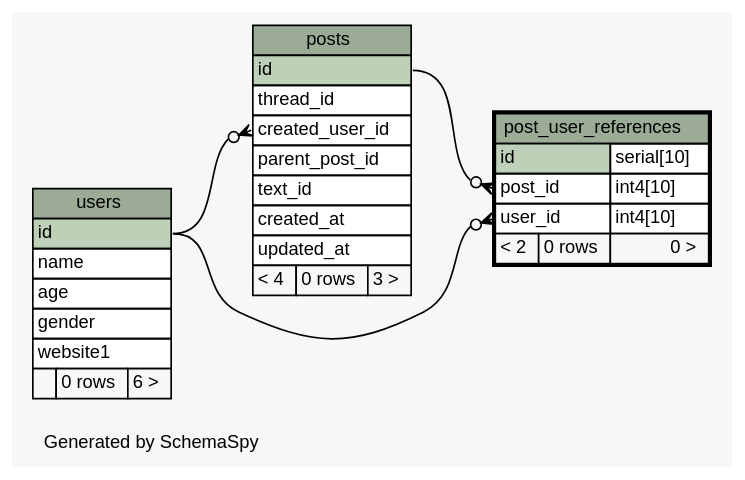
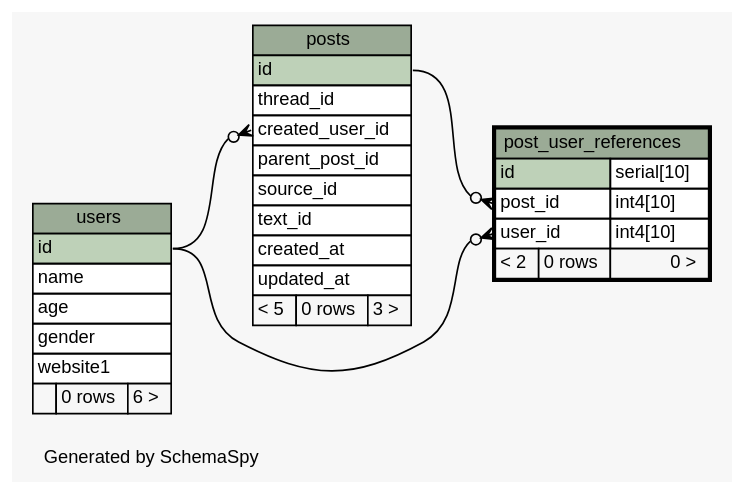
Before and after one commit to ryanaustincarlson/moocdb: the diagram in library/diagrams/post_user_references.1degree.dot, drawn with Graphviz. The commit also changed 79 other files, not shown here.

```diff
--- a/library/diagrams/post_user_references.1degree.dot
+++ b/library/diagrams/post_user_references.1degree.dot
@@ -1,67 +1,68 @@
 // dot 2.34.0 on Mac OS X 10.8.3
 // SchemaSpy rev 590
 digraph "oneDegreeRelationshipsDiagram" {
   graph [
     rankdir="RL"
     bgcolor="#f7f7f7"
     label="\nGenerated by SchemaSpy"
     labeljust="l"
     nodesep="0.18"
     ranksep="0.46"
     fontname="Helvetica"
     fontsize="11"
   ];
   node [
     fontname="Helvetica"
     fontsize="11"
     shape="plaintext"
   ];
   edge [
     arrowsize="0.8"
   ];
   "post_user_references":"post_id":w -> "posts":"id":e [arrowhead=none dir=back arrowtail=crowodot];
   "post_user_references":"user_id":w -> "users":"id":e [arrowhead=none dir=back arrowtail=crowodot];
   "posts":"created_user_id":w -> "users":"id":e [arrowhead=none dir=back arrowtail=crowodot];
   "post_user_references" [
     label=<
     <TABLE BORDER="2" CELLBORDER="1" CELLSPACING="0" BGCOLOR="#ffffff">
       <TR><TD COLSPAN="3" BGCOLOR="#9bab96" ALIGN="CENTER">post_user_references</TD></TR>
       <TR><TD PORT="id" COLSPAN="2" BGCOLOR="#bed1b8" ALIGN="LEFT">id</TD><TD PORT="id.type" ALIGN="LEFT">serial[10]</TD></TR>
       <TR><TD PORT="post_id" COLSPAN="2" ALIGN="LEFT">post_id</TD><TD PORT="post_id.type" ALIGN="LEFT">int4[10]</TD></TR>
       <TR><TD PORT="user_id" COLSPAN="2" ALIGN="LEFT">user_id</TD><TD PORT="user_id.type" ALIGN="LEFT">int4[10]</TD></TR>
       <TR><TD ALIGN="LEFT" BGCOLOR="#f7f7f7">&lt; 2</TD><TD ALIGN="RIGHT" BGCOLOR="#f7f7f7">0 rows</TD><TD ALIGN="RIGHT" BGCOLOR="#f7f7f7">0 &gt;</TD></TR>
     </TABLE>>
     URL="post_user_references.html"
     tooltip="post_user_references"
   ];
   "posts" [
     label=<
     <TABLE BORDER="0" CELLBORDER="1" CELLSPACING="0" BGCOLOR="#ffffff">
       <TR><TD COLSPAN="3" BGCOLOR="#9bab96" ALIGN="CENTER">posts</TD></TR>
       <TR><TD PORT="id" COLSPAN="3" BGCOLOR="#bed1b8" ALIGN="LEFT">id</TD></TR>
       <TR><TD PORT="thread_id" COLSPAN="3" ALIGN="LEFT">thread_id</TD></TR>
       <TR><TD PORT="created_user_id" COLSPAN="3" ALIGN="LEFT">created_user_id</TD></TR>
       <TR><TD PORT="parent_post_id" COLSPAN="3" ALIGN="LEFT">parent_post_id</TD></TR>
+      <TR><TD PORT="source_id" COLSPAN="3" ALIGN="LEFT">source_id</TD></TR>
       <TR><TD PORT="text_id" COLSPAN="3" ALIGN="LEFT">text_id</TD></TR>
       <TR><TD PORT="created_at" COLSPAN="3" ALIGN="LEFT">created_at</TD></TR>
       <TR><TD PORT="updated_at" COLSPAN="3" ALIGN="LEFT">updated_at</TD></TR>
-      <TR><TD ALIGN="LEFT" BGCOLOR="#f7f7f7">&lt; 4</TD><TD ALIGN="RIGHT" BGCOLOR="#f7f7f7">0 rows</TD><TD ALIGN="RIGHT" BGCOLOR="#f7f7f7">3 &gt;</TD></TR>
+      <TR><TD ALIGN="LEFT" BGCOLOR="#f7f7f7">&lt; 5</TD><TD ALIGN="RIGHT" BGCOLOR="#f7f7f7">0 rows</TD><TD ALIGN="RIGHT" BGCOLOR="#f7f7f7">3 &gt;</TD></TR>
     </TABLE>>
     URL="posts.html"
     tooltip="posts"
   ];
   "users" [
     label=<
     <TABLE BORDER="0" CELLBORDER="1" CELLSPACING="0" BGCOLOR="#ffffff">
       <TR><TD COLSPAN="3" BGCOLOR="#9bab96" ALIGN="CENTER">users</TD></TR>
       <TR><TD PORT="id" COLSPAN="3" BGCOLOR="#bed1b8" ALIGN="LEFT">id</TD></TR>
       <TR><TD PORT="name" COLSPAN="3" ALIGN="LEFT">name</TD></TR>
       <TR><TD PORT="age" COLSPAN="3" ALIGN="LEFT">age</TD></TR>
       <TR><TD PORT="gender" COLSPAN="3" ALIGN="LEFT">gender</TD></TR>
       <TR><TD PORT="website1" COLSPAN="3" ALIGN="LEFT">website1</TD></TR>
       <TR><TD ALIGN="LEFT" BGCOLOR="#f7f7f7">  </TD><TD ALIGN="RIGHT" BGCOLOR="#f7f7f7">0 rows</TD><TD ALIGN="RIGHT" BGCOLOR="#f7f7f7">6 &gt;</TD></TR>
     </TABLE>>
     URL="users.html"
     tooltip="users"
   ];
 }
```
